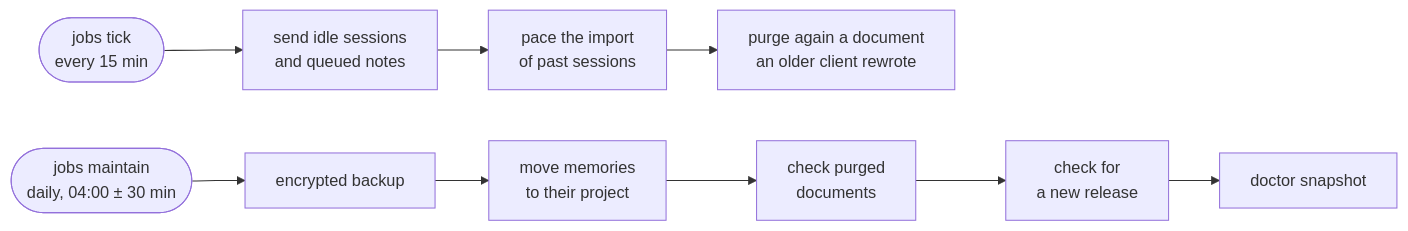
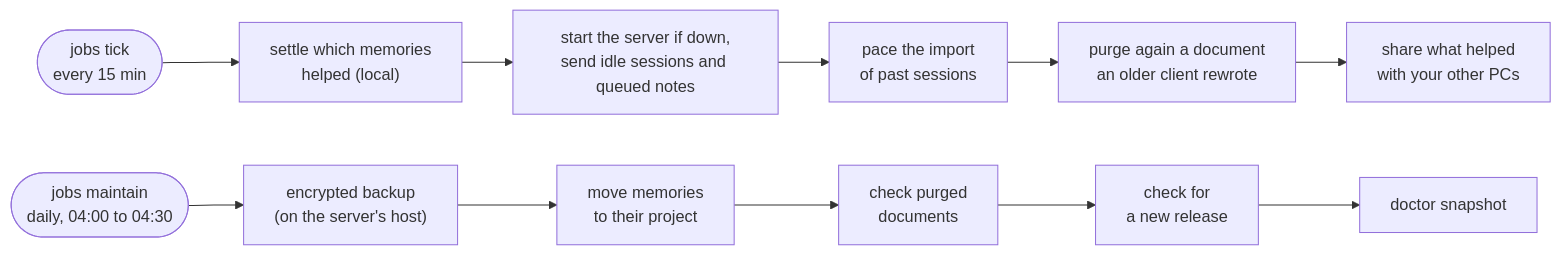
Before and after one commit to Barben360/backsight: the second of 2 diagrams in README.md, drawn with Mermaid. The commit also changed other lines of this file and 1 other file, not shown here.

````diff
--- a/README.md
+++ b/README.md
@@ -116,5 +125,5 @@
 ```mermaid
 flowchart LR
-    tick(["jobs tick<br/>every 15 min"]) --> t1["send idle sessions<br/>and queued notes"] --> t2["pace the import<br/>of past sessions"] --> t3["purge again a document<br/>an older client rewrote"]
-    maintain(["jobs maintain<br/>daily, 04:00 ± 30 min"]) --> m1["encrypted backup"] --> m2["move memories<br/>to their project"] --> m3["check purged<br/>documents"] --> m4["check for<br/>a new release"] --> m5["doctor snapshot"]
+    tick(["jobs tick<br/>every 15 min"]) --> t1["settle which memories<br/>helped (local)"] --> t2["start the server if down,<br/>send idle sessions and queued notes"] --> t3["pace the import<br/>of past sessions"] --> t4["purge again a document<br/>an older client rewrote"] --> t5["share what helped<br/>with your other PCs"]
+    maintain(["jobs maintain<br/>daily, 04:00 to 04:30"]) --> m1["encrypted backup<br/>(on the server's host)"] --> m2["move memories<br/>to their project"] --> m3["check purged<br/>documents"] --> m4["check for<br/>a new release"] --> m5["doctor snapshot"]
 ```
````
